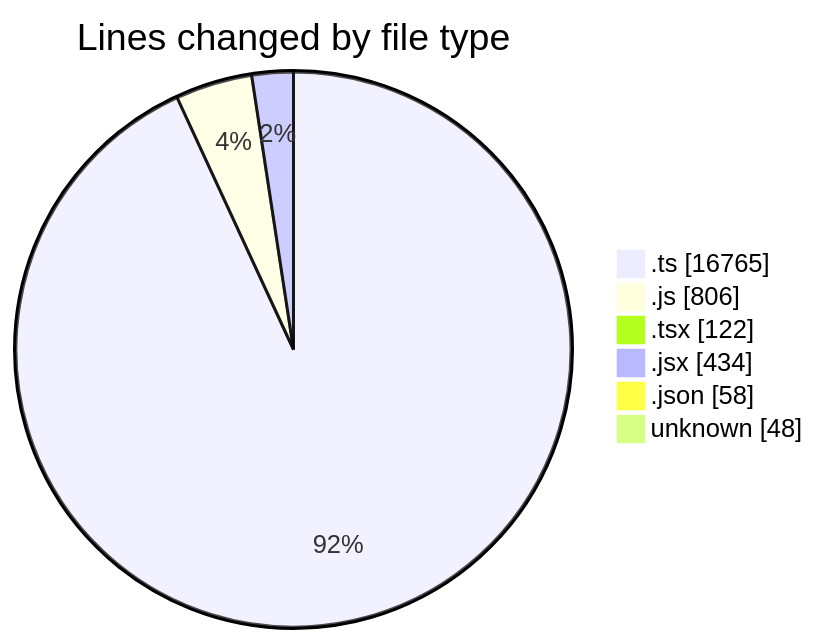
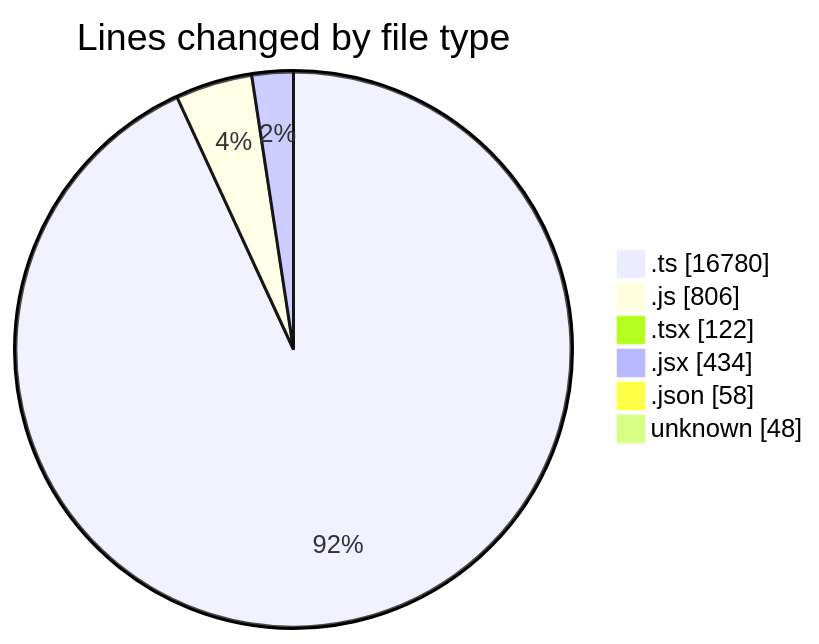
The first of 2 diagrams in 2025-11-12/cda/README.md (momahboobian/code-tracking), drawn with Mermaid before and after one commit. The commit also changed other lines of this file and 1 other file, not shown here.

````diff
--- a/2025-11-12/cda/README.md
+++ b/2025-11-12/cda/README.md
@@ -35,10 +35,10 @@
 ```mermaid
 pie showData
 title Lines changed by file type
-".ts" : 16765
+".ts" : 16780
 ".js" : 806
 ".tsx" : 122
 ".jsx" : 434
 ".json" : 58
 "unknown" : 48
 ```
````
